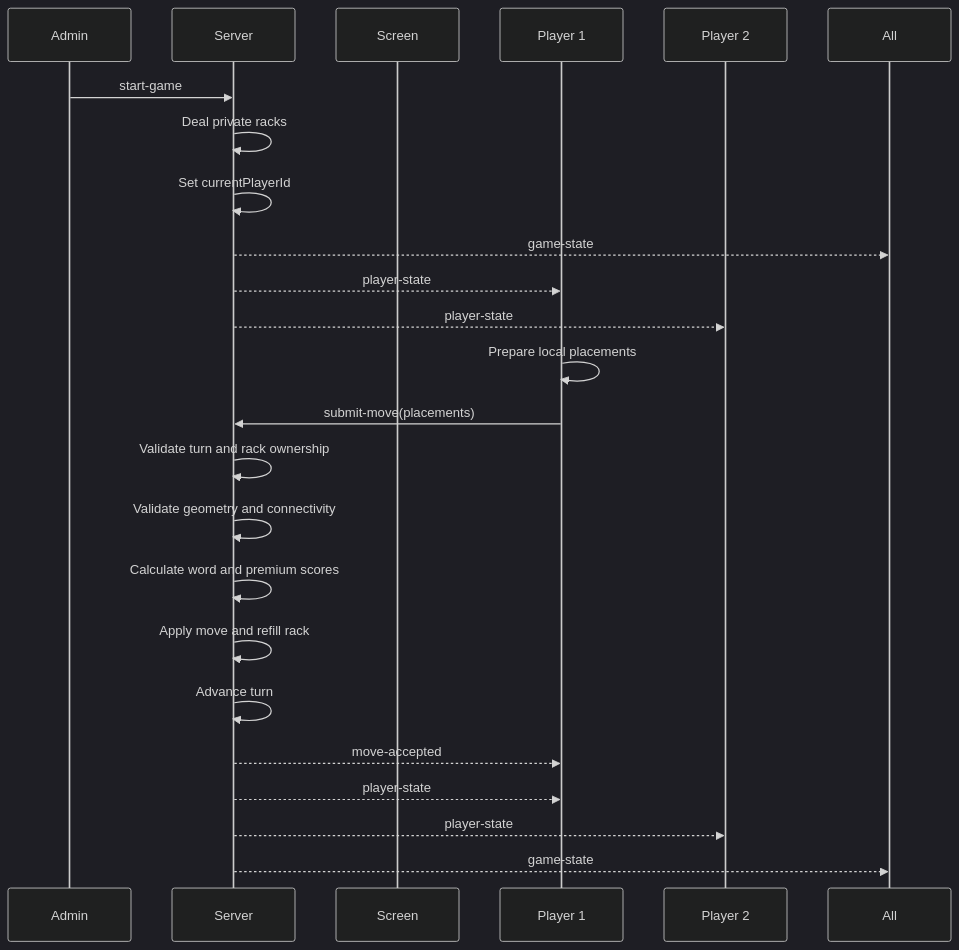
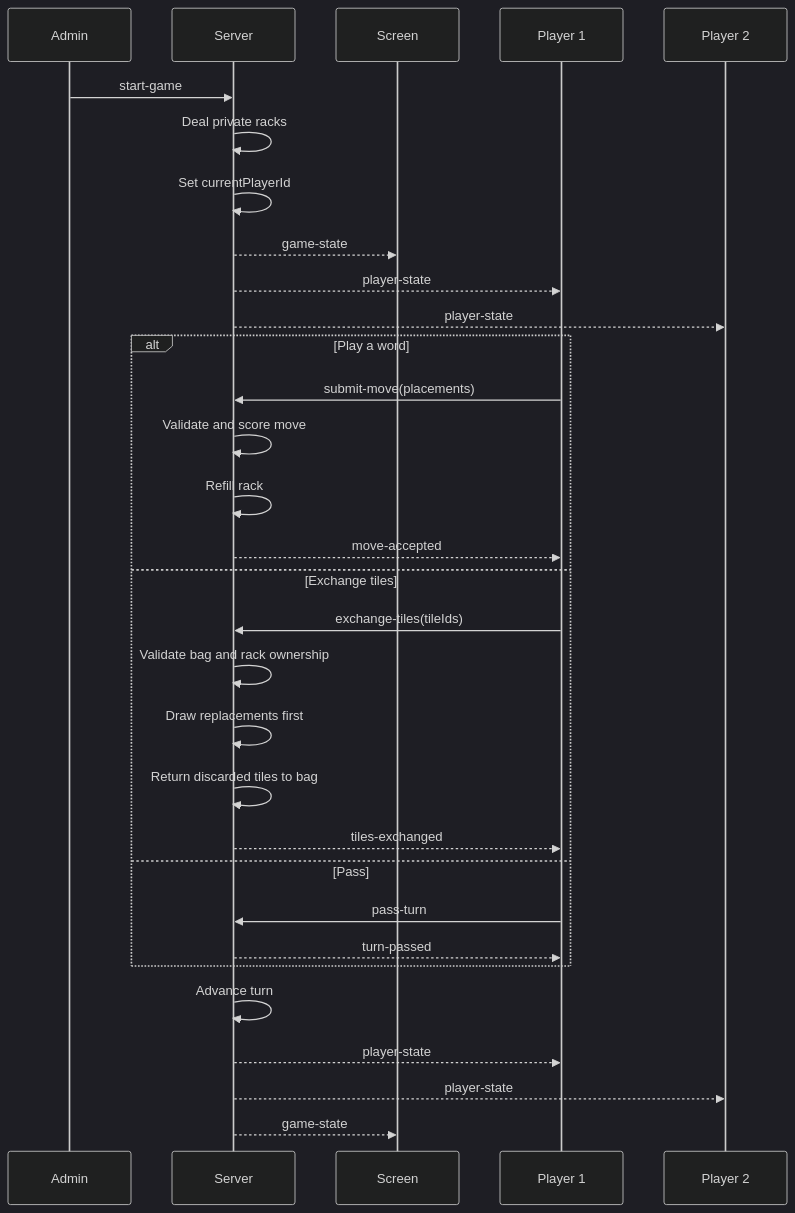
Before and after one commit to EfcyLab/electronic-scrabble: the second of 2 diagrams in docs/protocol.md, drawn with Mermaid (dark theme). The commit also changed other lines of this file and 8 other files, not shown here.

Commit message:
Add exchange tiles and pass turn

````diff
--- a/docs/protocol.md
+++ b/docs/protocol.md
@@ -15,27 +39,36 @@
 ```mermaid
 sequenceDiagram
     participant Admin
     participant Server
     participant Screen
     participant P1 as Player 1
     participant P2 as Player 2
 
     Admin->>Server: start-game
     Server->>Server: Deal private racks
     Server->>Server: Set currentPlayerId
-    Server-->>All: game-state
+    Server-->>Screen: game-state
     Server-->>P1: player-state
     Server-->>P2: player-state
 
-    P1->>P1: Prepare local placements
-    P1->>Server: submit-move(placements)
-    Server->>Server: Validate turn and rack ownership
-    Server->>Server: Validate geometry and connectivity
-    Server->>Server: Calculate word and premium scores
-    Server->>Server: Apply move and refill rack
+    alt Play a word
+        P1->>Server: submit-move(placements)
+        Server->>Server: Validate and score move
+        Server->>Server: Refill rack
+        Server-->>P1: move-accepted
+    else Exchange tiles
+        P1->>Server: exchange-tiles(tileIds)
+        Server->>Server: Validate bag and rack ownership
+        Server->>Server: Draw replacements first
+        Server->>Server: Return discarded tiles to bag
+        Server-->>P1: tiles-exchanged
+    else Pass
+        P1->>Server: pass-turn
+        Server-->>P1: turn-passed
+    end
+
     Server->>Server: Advance turn
-    Server-->>P1: move-accepted
     Server-->>P1: player-state
     Server-->>P2: player-state
-    Server-->>All: game-state
+    Server-->>Screen: game-state
 ```
````
